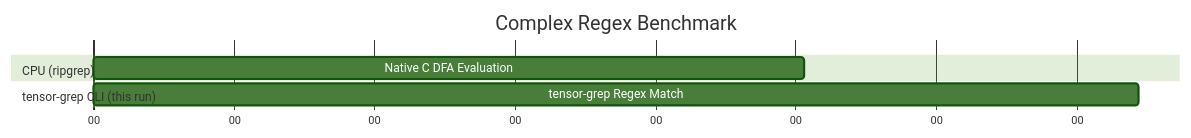
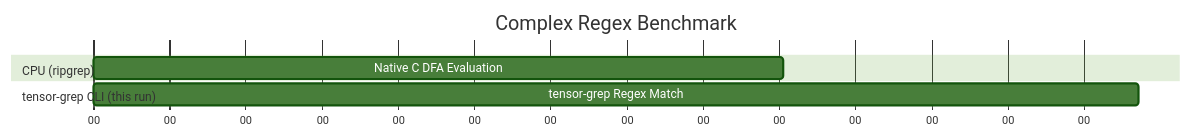
Before and after one commit to oimiragieo/tensor-grep: the second of 3 diagrams in docs/PAPER.md, drawn with Mermaid (forest theme). The commit also changed other lines of this file and 2 other files, not shown here.

````diff
--- a/docs/PAPER.md
+++ b/docs/PAPER.md
@@ -100,12 +100,12 @@
 ```mermaid
 gantt
     title Complex Regex Benchmark
     dateFormat  s
     axisFormat %S
     
     section CPU (ripgrep)
-    Native C DFA Evaluation :a1, 0, 0.506s
+    Native C DFA Evaluation :a1, 0, 0.453s
     
     section tensor-grep CLI (this run)
-    tensor-grep Regex Match :a2, 0, 0.744s
+    tensor-grep Regex Match :a2, 0, 0.686s
 ```
````
